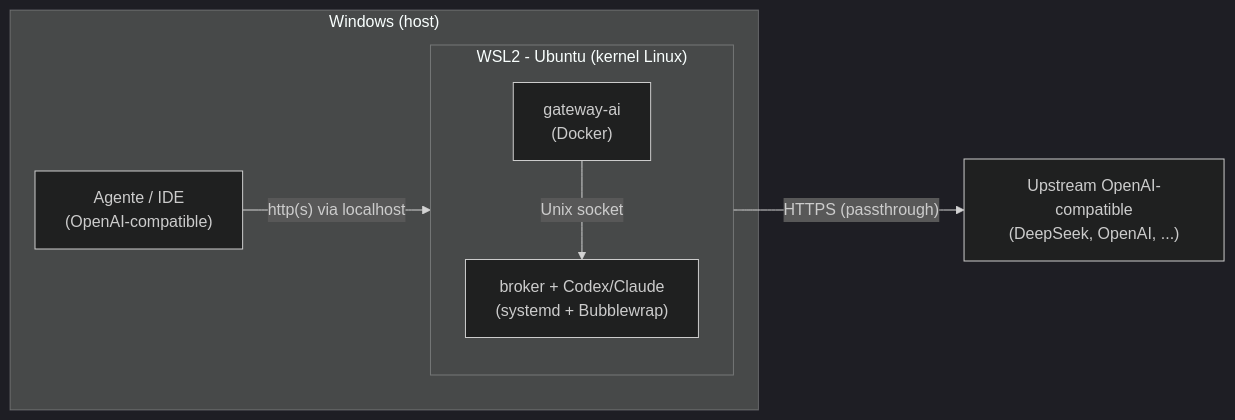
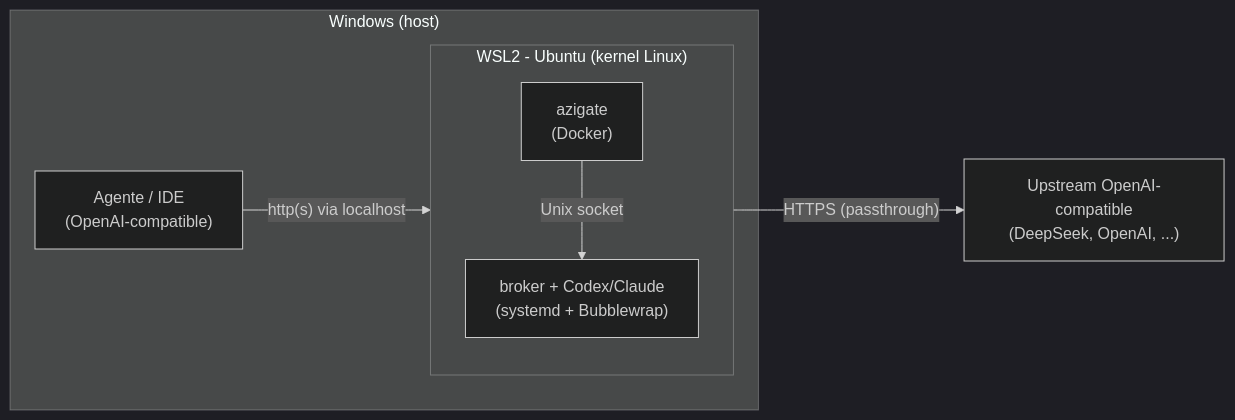
Before and after one commit to Picolino66/azigate: the diagram in docs/installation/windows-wsl2.md, drawn with Mermaid (dark theme). The commit also changed other lines of this file and 29 other files, not shown here.

First line of the commit message:
refactor: rename gateway-ai to azigate across the project

````diff
--- a/docs/installation/windows-wsl2.md
+++ b/docs/installation/windows-wsl2.md
@@ -12,16 +12,16 @@
 ```mermaid
 flowchart LR
     subgraph WIN["Windows (host)"]
         IDE["Agente / IDE<br/>(OpenAI-compatible)"]
         subgraph WSL["WSL2 - Ubuntu (kernel Linux)"]
             direction TB
-            GW["gateway-ai<br/>(Docker)"]
+            GW["azigate<br/>(Docker)"]
             BK["broker + Codex/Claude<br/>(systemd + Bubblewrap)"]
         end
     end
     U["Upstream OpenAI-compatible<br/>(DeepSeek, OpenAI, ...)"]
 
     IDE -- "http(s) via localhost" --> GW
     GW -- "HTTPS (passthrough)" --> U
     GW -- "Unix socket" --> BK
 ```
````
